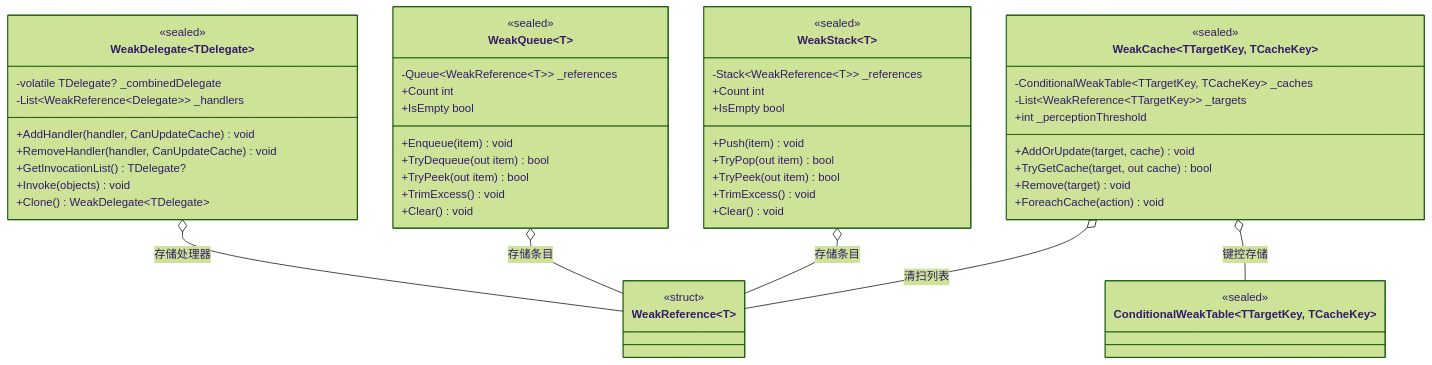
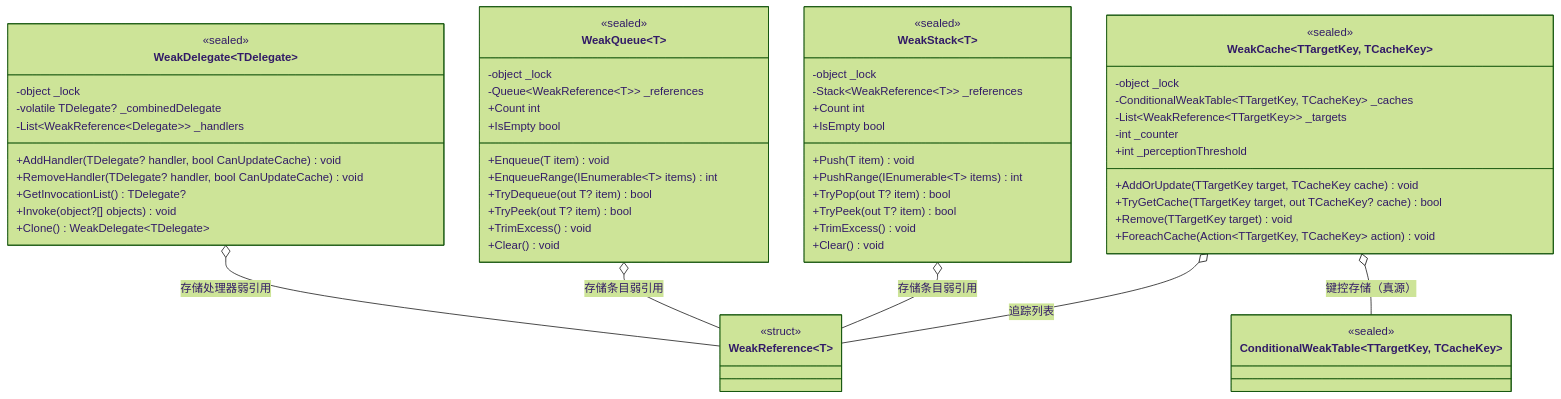
One commit to Axvser/VeloxDev.Docs changed the diagram in src/CloudGlyph/Assets/Docs/content/zh/3_SE分析/02_设计模式分析/07_弱引用类型/index.md. Above: the diagram before and after it, drawn with Mermaid (forest theme). The commit also changed other lines of this file and 443 other files, not shown here.

````diff
--- a/src/CloudGlyph/Assets/Docs/content/zh/3_SE分析/02_设计模式分析/07_弱引用类型/index.md
+++ b/src/CloudGlyph/Assets/Docs/content/zh/3_SE分析/02_设计模式分析/07_弱引用类型/index.md
@@ -5,57 +5,64 @@
 ```mermaid
 classDiagram
     class WeakDelegate~TDelegate~ {
         <<sealed>>
+        -object _lock
         -volatile TDelegate? _combinedDelegate
         -List~WeakReference~Delegate~~ _handlers
-        +AddHandler(handler, CanUpdateCache) void
-        +RemoveHandler(handler, CanUpdateCache) void
+        +AddHandler(TDelegate? handler, bool CanUpdateCache) void
+        +RemoveHandler(TDelegate? handler, bool CanUpdateCache) void
         +GetInvocationList() TDelegate?
-        +Invoke(objects) void
+        +Invoke(object?[] objects) void
         +Clone() WeakDelegate~TDelegate~
     }
     class WeakQueue~T~ {
         <<sealed>>
+        -object _lock
         -Queue~WeakReference~T~~ _references
         +Count int
         +IsEmpty bool
-        +Enqueue(item) void
-        +TryDequeue(out item) bool
-        +TryPeek(out item) bool
+        +Enqueue(T item) void
+        +EnqueueRange(IEnumerable~T~ items) int
+        +TryDequeue(out T? item) bool
+        +TryPeek(out T? item) bool
         +TrimExcess() void
         +Clear() void
     }
     class WeakStack~T~ {
         <<sealed>>
+        -object _lock
         -Stack~WeakReference~T~~ _references
         +Count int
         +IsEmpty bool
-        +Push(item) void
-        +TryPop(out item) bool
-        +TryPeek(out item) bool
+        +Push(T item) void
+        +PushRange(IEnumerable~T~ items) int
+        +TryPop(out T? item) bool
+        +TryPeek(out T? item) bool
         +TrimExcess() void
         +Clear() void
     }
     class WeakCache~TTargetKey, TCacheKey~ {
         <<sealed>>
+        -object _lock
         -ConditionalWeakTable~TTargetKey, TCacheKey~ _caches
         -List~WeakReference~TTargetKey~~ _targets
+        -int _counter
         +int _perceptionThreshold
-        +AddOrUpdate(target, cache) void
-        +TryGetCache(target, out cache) bool
-        +Remove(target) void
-        +ForeachCache(action) void
+        +AddOrUpdate(TTargetKey target, TCacheKey cache) void
+        +TryGetCache(TTargetKey target, out TCacheKey? cache) bool
+        +Remove(TTargetKey target) void
+        +ForeachCache(Action~TTargetKey, TCacheKey~ action) void
     }
     class WeakReference~T~ {
         <<struct>>
     }
     class ConditionalWeakTable~TTargetKey, TCacheKey~ {
         <<sealed>>
     }
 
-    WeakDelegate~TDelegate~ o-- WeakReference~Delegate~ : 存储处理器
-    WeakQueue~T~ o-- WeakReference~T~ : 存储条目
-    WeakStack~T~ o-- WeakReference~T~ : 存储条目
-    WeakCache~TTargetKey, TCacheKey~ o-- ConditionalWeakTable~TTargetKey, TCacheKey~ : 键控存储
-    WeakCache~TTargetKey, TCacheKey~ o-- WeakReference~TTargetKey~ : 清扫列表
+    WeakDelegate~TDelegate~ o-- WeakReference~Delegate~ : 存储处理器弱引用
+    WeakQueue~T~ o-- WeakReference~T~ : 存储条目弱引用
+    WeakStack~T~ o-- WeakReference~T~ : 存储条目弱引用
+    WeakCache~TTargetKey, TCacheKey~ o-- ConditionalWeakTable~TTargetKey, TCacheKey~ : 键控存储（真源）
+    WeakCache~TTargetKey, TCacheKey~ o-- WeakReference~TTargetKey~ : 追踪列表
 ```
````
